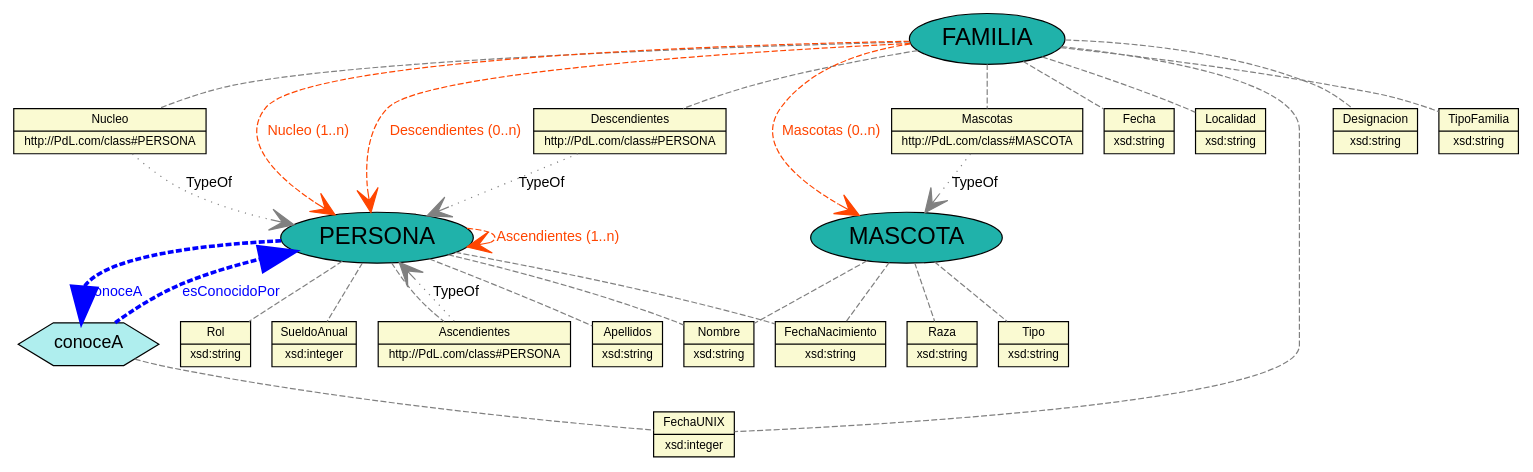
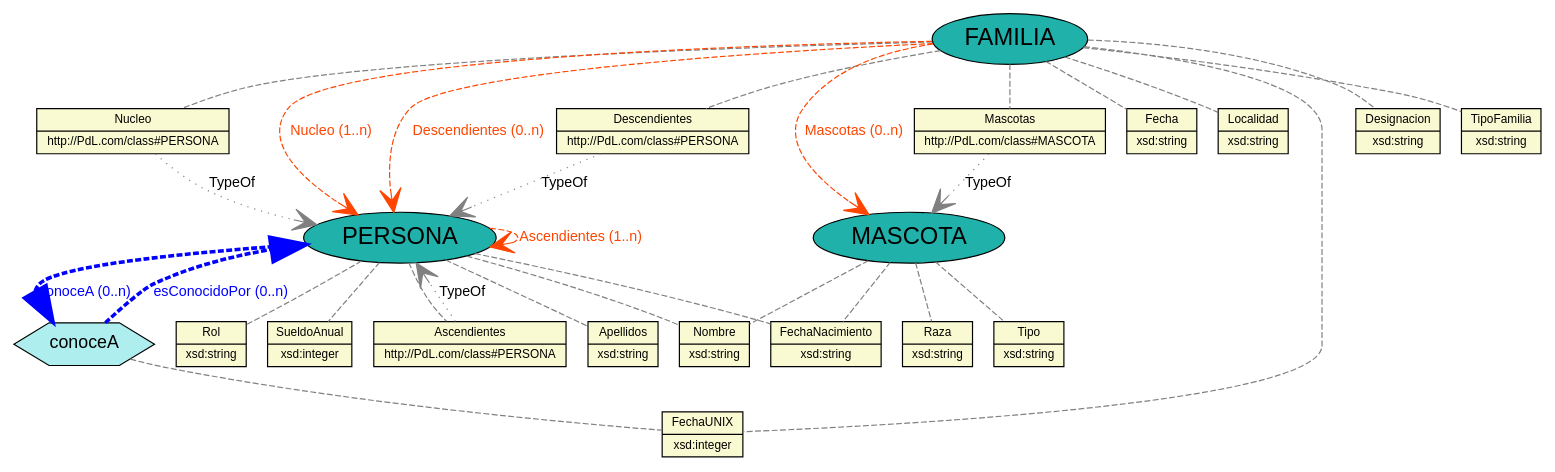
Before and after one commit to JuanCasado/Lenguajes: the diagram in Output/csv_dot1_domain.dot, drawn with Graphviz. The commit also changed 17 other files, not shown here.

```diff
--- a/Output/csv_dot1_domain.dot
+++ b/Output/csv_dot1_domain.dot
@@ -1,85 +1,85 @@
 graph domain{
 	//Defecto
 	node [fontname="Arial"];
 	edge [fontname="Arial",fontsize=12];
 
 	//PROPERTIES
 	  node [shape="record",style="filled",fillcolor="lightgoldenrodyellow",fontsize="10"]
 	
 	property_Apellidos [label="{Apellidos|xsd:string}"];
 	property_Mascotas [label="{Mascotas|http://PdL.com/class#MASCOTA}"];
 	property_Fecha [label="{Fecha|xsd:string}"];
 	property_FechaNacimiento [label="{FechaNacimiento|xsd:string}"];
 	property_Tipo [label="{Tipo|xsd:string}"];
 	property_Descendientes [label="{Descendientes|http://PdL.com/class#PERSONA}"];
 	property_Raza [label="{Raza|xsd:string}"];
 	property_Localidad [label="{Localidad|xsd:string}"];
 	property_Rol [label="{Rol|xsd:string}"];
 	property_SueldoAnual [label="{SueldoAnual|xsd:integer}"];
 	property_FechaUNIX [label="{FechaUNIX|xsd:integer}"];
 	property_Nucleo [label="{Nucleo|http://PdL.com/class#PERSONA}"];
 	property_Nombre [label="{Nombre|xsd:string}"];
 	property_Ascendientes [label="{Ascendientes|http://PdL.com/class#PERSONA}"];
 	property_Designacion [label="{Designacion|xsd:string}"];
 	property_TipoFamilia [label="{TipoFamilia|xsd:string}"];
 
 	//CLASES
 	node [shape="ellipse",style="filled",fillcolor="lightseagreen",fontsize="20"]	
 	
 	class_PERSONA [label="PERSONA"];
 	class_MASCOTA [label="MASCOTA"];
 	class_FAMILIA [label="FAMILIA"];
 
 	//RELACIONES
 	node [shape="hexagon",style="filled",fillcolor="paleturquoise",fontsize="15"]	
 	
 	relationship_conoceA [label=conoceA];
 
 	//CLASE -- PROPIEDAD
 
 edge[style="dashed",len="3",color="grey"]	
 	class_PERSONA -- property_Nombre;
 	class_PERSONA -- property_Apellidos;
 	class_PERSONA -- property_Rol;
 	class_PERSONA -- property_FechaNacimiento;
 	class_PERSONA -- property_SueldoAnual;
 	class_PERSONA -- property_Ascendientes;
 	class_MASCOTA -- property_Tipo;
 	class_MASCOTA -- property_Nombre;
 	class_MASCOTA -- property_Raza;
 	class_MASCOTA -- property_FechaNacimiento;
 	class_FAMILIA -- property_FechaUNIX;
 	class_FAMILIA -- property_Fecha;
 	class_FAMILIA -- property_Localidad;
 	class_FAMILIA -- property_TipoFamilia;
 	class_FAMILIA -- property_Designacion;
 	class_FAMILIA -- property_Nucleo;
 	class_FAMILIA -- property_Descendientes;
 	class_FAMILIA -- property_Mascotas;
 
 	//RELACION -- PROPIEDAD
 	
 	relationship_conoceA -- property_FechaUNIX;
 
 	// uso indirecto de definiciÃ³n de tipos
 	edge[style="dotted",arrowhead="vee",dir="forward",arrowsize="2"];
 	property_Mascotas -- class_MASCOTA [label="TypeOf"];
 	property_Descendientes -- class_PERSONA [label="TypeOf"];
 	property_Nucleo -- class_PERSONA [label="TypeOf"];
 	property_Ascendientes -- class_PERSONA [label="TypeOf"];
 
 	// asociaciones a travÃ©s de atributos marcadas de forma directa
 	edge[fontcolor="orangered", color="orangered", style="dashed", arrowhead="vee",dir="forward",arrowsize="2"];
 	class_PERSONA -- class_PERSONA [label="Ascendientes (1..n) "];
 	class_FAMILIA -- class_PERSONA [label="Nucleo (1..n) "];
 	class_FAMILIA -- class_PERSONA [label="Descendientes (0..n) "];
 	class_FAMILIA -- class_MASCOTA [label="Mascotas (0..n) "];
 
 	// herencias
-	edge[len="5",color="black",arrowhead="normal",arrowsize="3",dir="back",]
+	edge[len="5"fontcolor="black",color="black",arrowhead="normal",arrowsize="3",dir="back",]
 	// enlaces de relaciones
 	edge[len="2",penwidth="3",color="blue",fontcolor="blue",dir="forward",arrowhead="normal"]
-	class_PERSONA -- relationship_conoceA [label="conoceA"];
-	relationship_conoceA -- class_PERSONA [label="esConocidoPor"];
+	class_PERSONA -- relationship_conoceA [label="conoceA (0..n)"];
+	relationship_conoceA -- class_PERSONA [label="esConocidoPor (0..n)"];
 
 }
```
